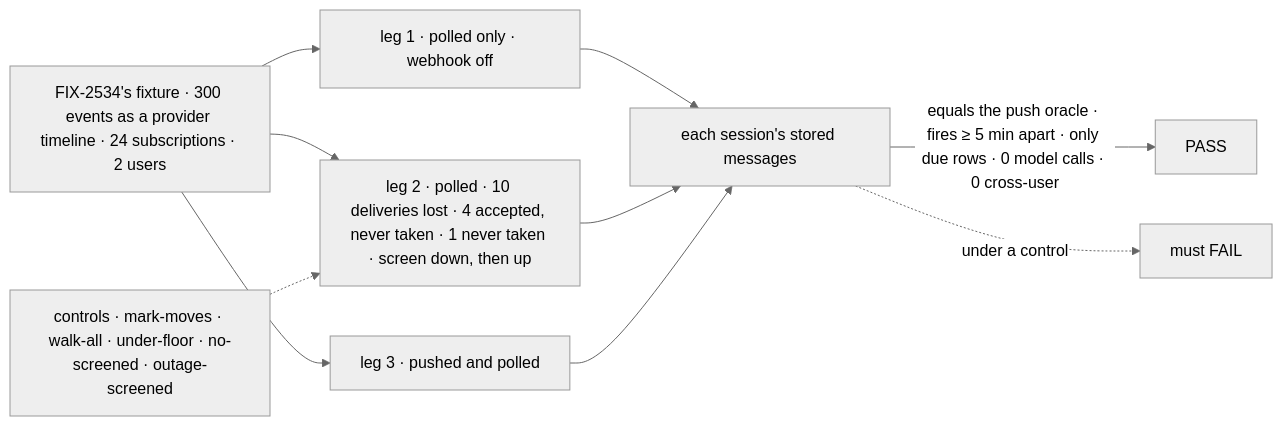
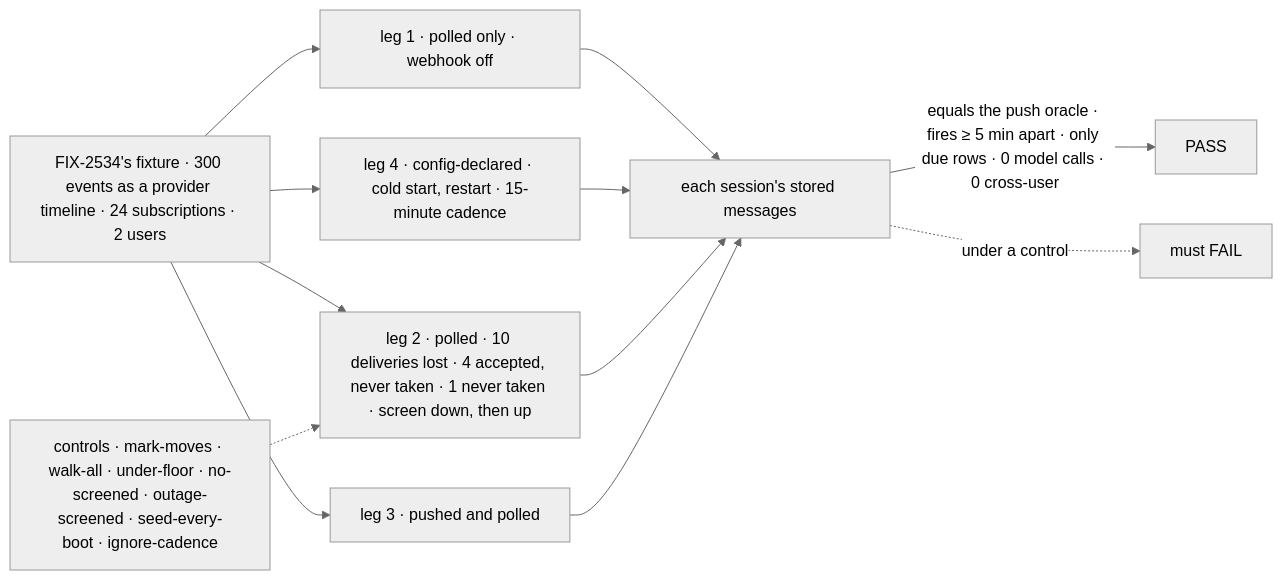
One commit to fixpoint-labs/flow-state-dev changed the first of 2 diagrams in specs/issues/FIX-2536/SPEC.md. Above: the diagram before and after it, drawn with Mermaid (neutral theme). The commit also changed other lines of this file and 2 other files, not shown here.

First line of the commit message:
spec(FIX-2536): config-seeded subscriptions and a cadence per subscription (D3)

````diff
--- a/specs/issues/FIX-2536/SPEC.md
+++ b/specs/issues/FIX-2536/SPEC.md
@@ -32,12 +33,14 @@
 ```mermaid
 flowchart LR
   F["FIX-2534's fixture · 300 events as a provider timeline · 24 subscriptions · 2 users"] --> P1["leg 1 · polled only · webhook off"]
   F --> P2["leg 2 · polled · 10 deliveries lost · 4 accepted, never taken · 1 never taken · screen down, then up"]
   F --> P3["leg 3 · pushed and polled"]
-  P1 --> S["each session's stored messages"]
+  F --> P4["leg 4 · config-declared · cold start, restart · 15-minute cadence"]
+  P1 --> S
+  P4 --> S["each session's stored messages"]
   P2 --> S
   P3 --> S
   S -->|"equals the push oracle · fires ≥ 5 min apart · only due rows · 0 model calls · 0 cross-user"| OK["PASS"]
-  C["controls · mark-moves · walk-all · under-floor · no-screened · outage-screened"] -.-> P2
+  C["controls · mark-moves · walk-all · under-floor · no-screened · outage-screened · seed-every-boot · ignore-cadence"] -.-> P2
   S -.->|"under a control"| X["must FAIL"]
 ```
````
